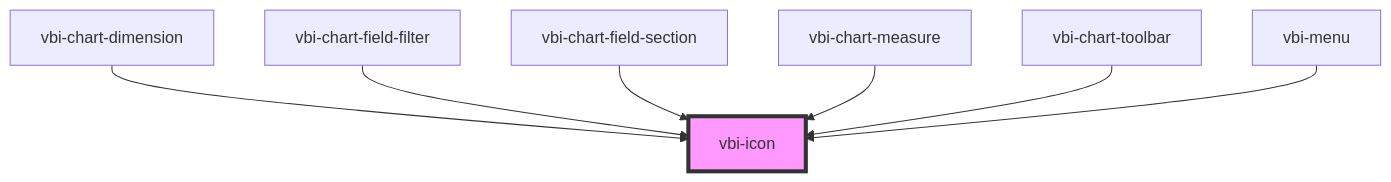
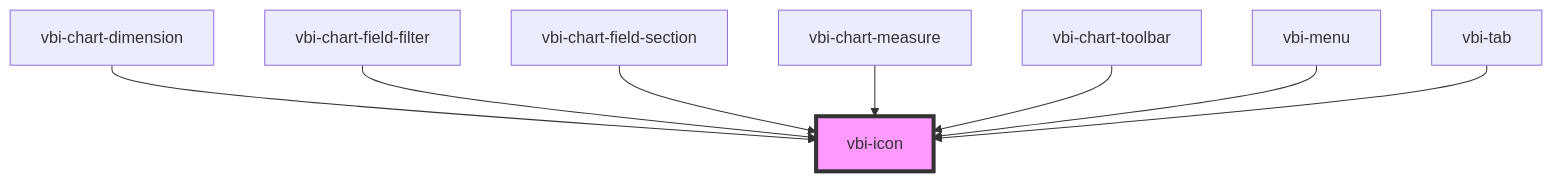
One commit to Ditto190/VBI-modme changed the diagram in packages/vbi-component/src/components/ui/vbi-icon/readme.md. Above: the diagram before and after it, drawn with Mermaid. The commit also changed other lines of this file and 6 other files, not shown here.

Commit message:
feat(vbi-component): add vbi-tab component

````diff
--- a/packages/vbi-component/src/components/ui/vbi-icon/readme.md
+++ b/packages/vbi-component/src/components/ui/vbi-icon/readme.md
@@ -29,10 +30,11 @@
 ```mermaid
 graph TD;
   vbi-chart-dimension --> vbi-icon
   vbi-chart-field-filter --> vbi-icon
   vbi-chart-field-section --> vbi-icon
   vbi-chart-measure --> vbi-icon
   vbi-chart-toolbar --> vbi-icon
   vbi-menu --> vbi-icon
+  vbi-tab --> vbi-icon
   style vbi-icon fill:#f9f,stroke:#333,stroke-width:4px
 ```
````
